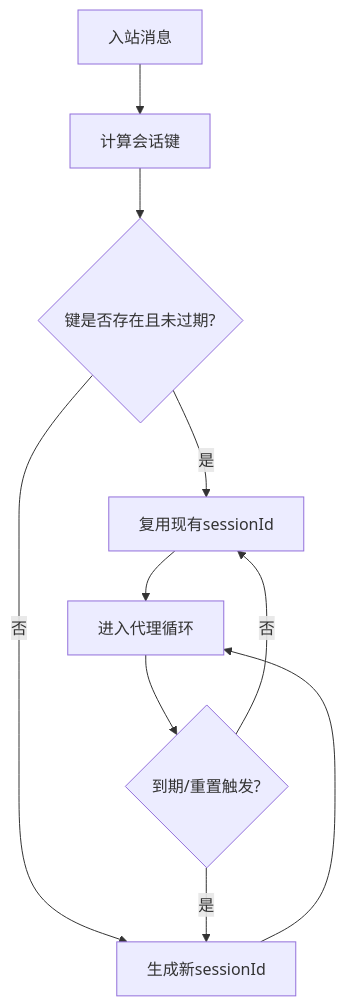
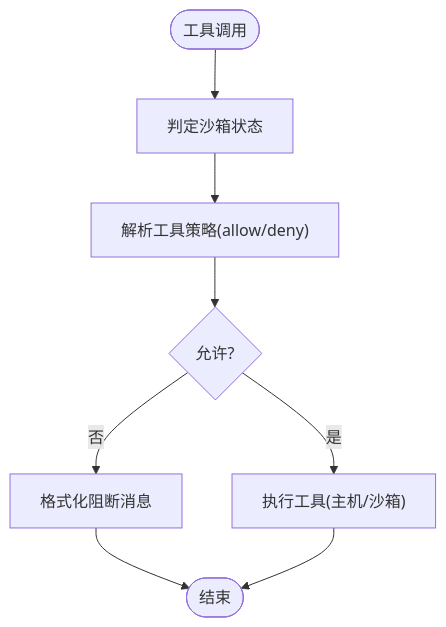
The ninth of 11 diagrams in .qoder/repowiki/zh/content/AI代理系统/AI代理系统.md (HACK-WU/openclaw), drawn with Mermaid before and after one commit. The commit also changed other lines of this file and 549 other files, not shown here.

````diff
--- a/.qoder/repowiki/zh/content/AI代理系统/AI代理系统.md
+++ b/.qoder/repowiki/zh/content/AI代理系统/AI代理系统.md
@@ -326,12 +356,10 @@
 ```mermaid
 flowchart TD
-In["入站消息"] --> Key["计算会话键"]
-Key --> Exists{"键是否存在且未过期?"}
-Exists --> |是| Reuse["复用现有sessionId"]
-Exists --> |否| New["生成新sessionId"]
-Reuse --> Run["进入代理循环"]
-New --> Run
-Run --> Expire{"到期/重置触发?"}
-Expire --> |是| New
-Expire --> |否| Reuse
+Start(["工具调用"]) --> Sandbox["判定沙箱状态"]
+Sandbox --> Policy["解析工具策略(allow/deny)"]
+Policy --> Allowed{"允许?"}
+Allowed --> |否| Block["格式化阻断消息"]
+Allowed --> |是| Exec["执行工具(主机/沙箱)"]
+Block --> End(["结束"])
+Exec --> End
 ```
````
